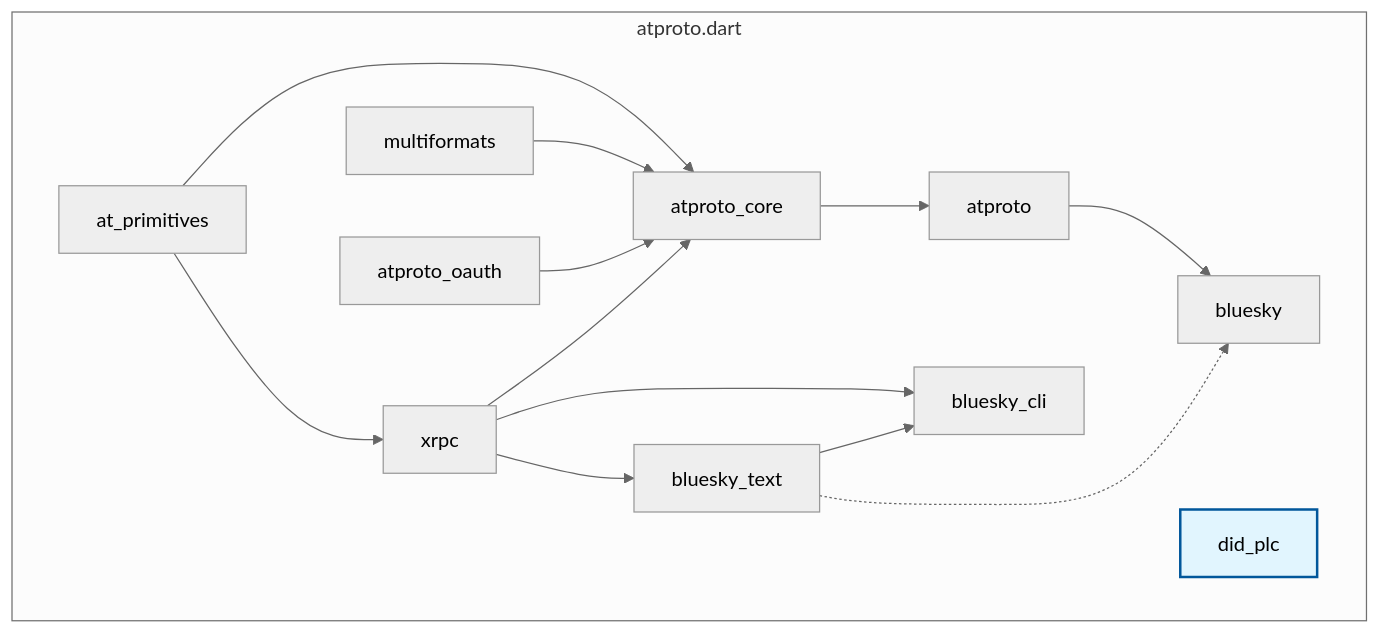
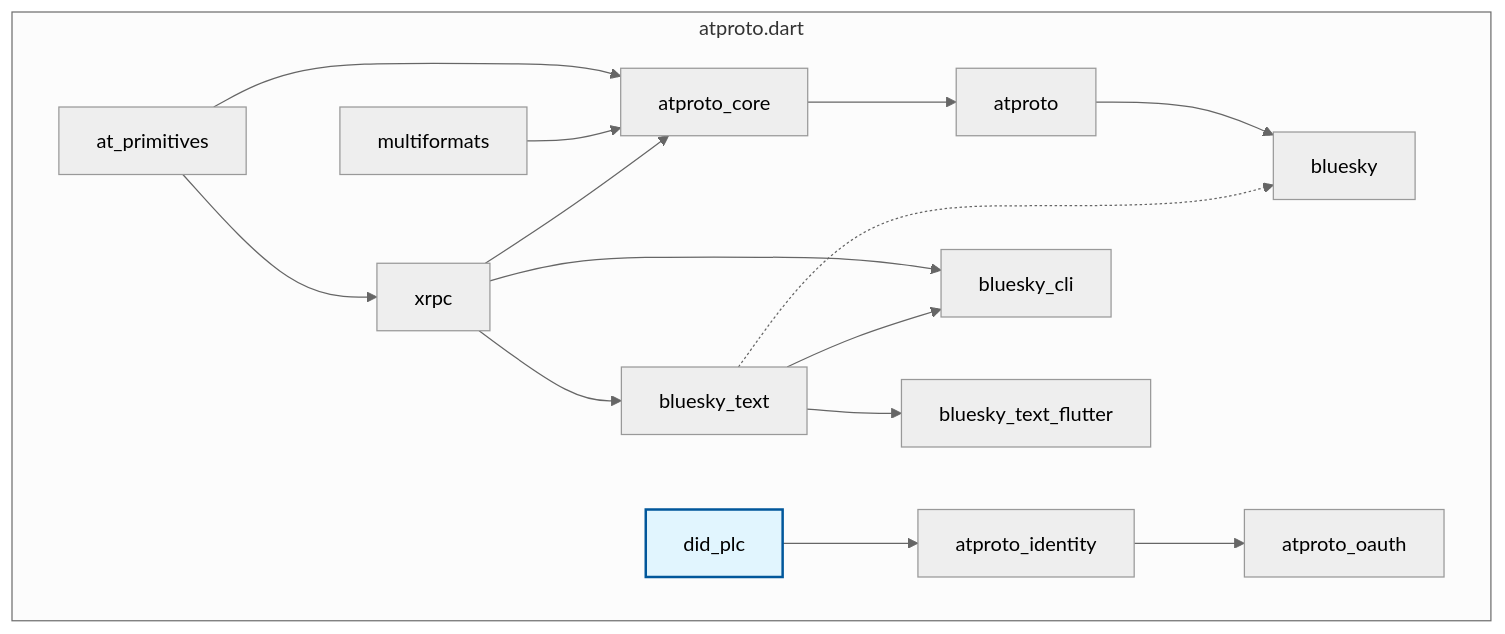
One commit to myConsciousness/atproto.dart changed the diagram in website/docs/packages/overview.md. Above: the diagram before and after it, drawn with Mermaid (neutral theme). The commit also changed other lines of this file and 48 other files, not shown here.

````diff
--- a/website/docs/packages/overview.md
+++ b/website/docs/packages/overview.md
@@ -65,23 +67,25 @@
 ```mermaid
 flowchart TD
     subgraph atproto.dart
     at_primitives --> atproto_core;
     multiformats --> atproto_core;
 
     at_primitives --> xrpc;
-    atproto_oauth --> atproto_core;
     xrpc --> atproto_core;
 
     atproto_core --> atproto;
-    did_plc;
     atproto --> bluesky;
+
+    did_plc --> atproto_identity;
+    atproto_identity --> atproto_oauth;
 
     xrpc --> bluesky_text
     xrpc --> bluesky_cli
 
     bluesky_text -.-> bluesky
     bluesky_text --> bluesky_cli
-    
+    bluesky_text --> bluesky_text_flutter
+
     style did_plc fill:#e1f5fe,stroke:#01579b,stroke-width:2px
     end
 ```
````
